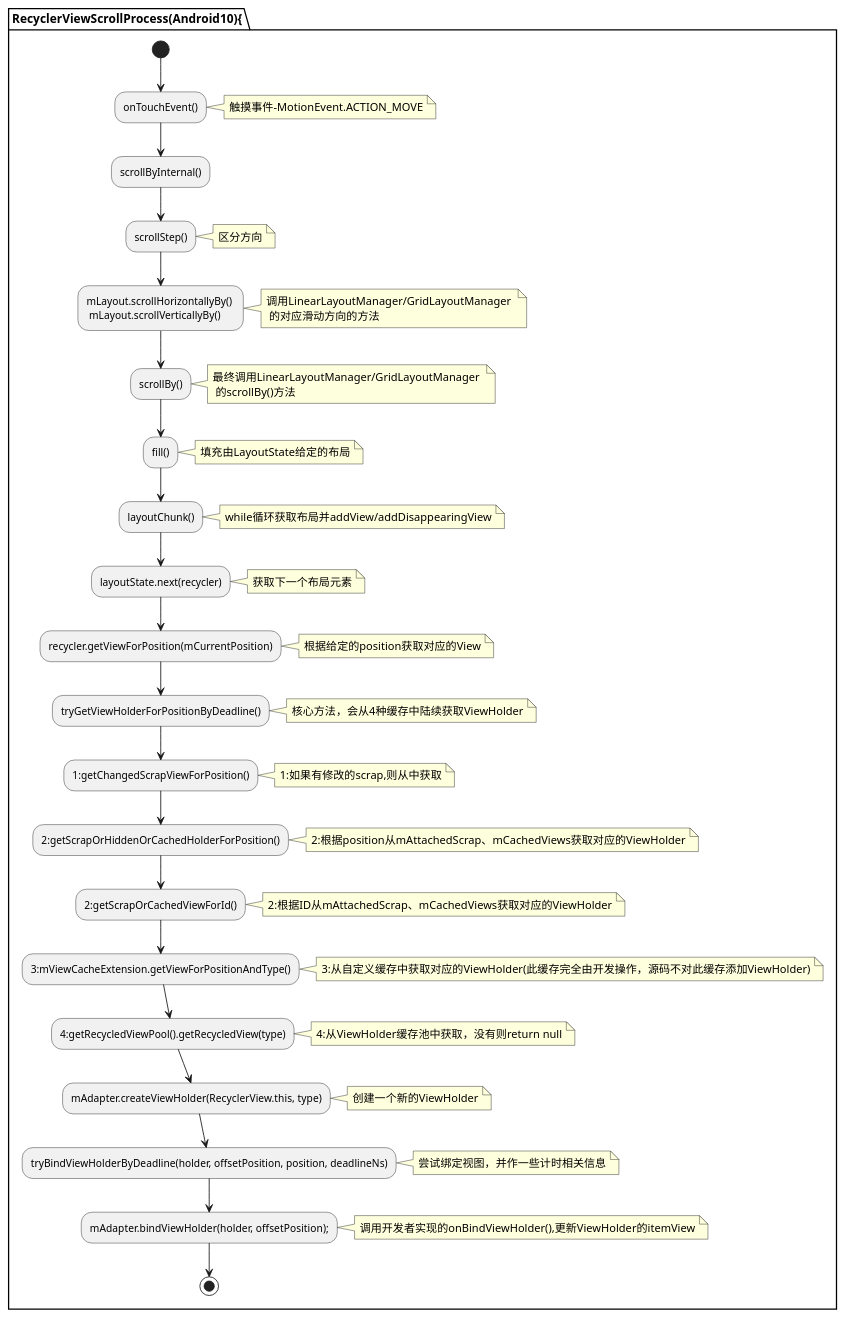
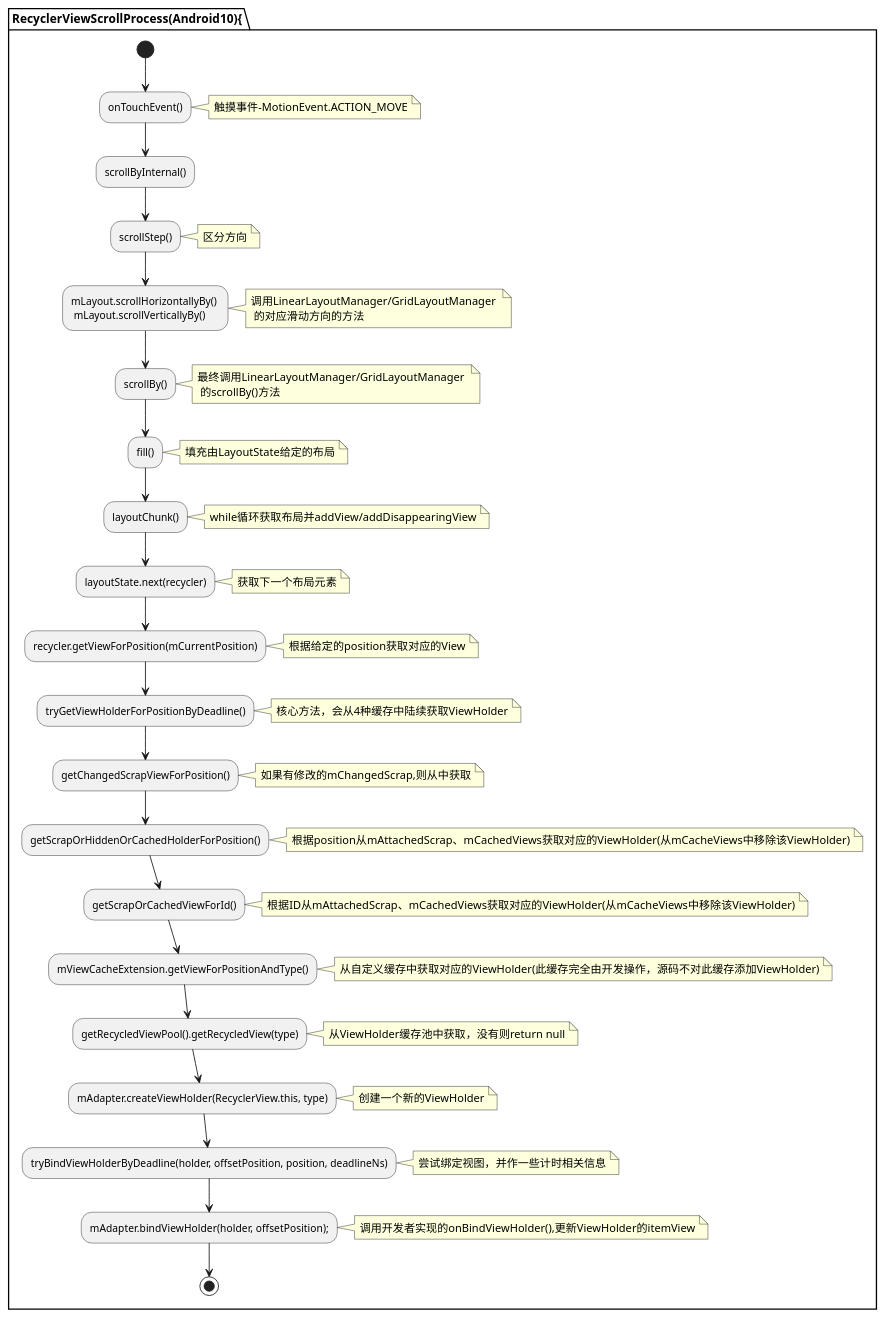
The diagram in uml/RecyclerViewScrollProcess.puml (qiaodier/MVPDemo), drawn with PlantUML before and after one commit.

Commit message:
更新流程描述及备注

```diff
--- a/uml/RecyclerViewScrollProcess.puml
+++ b/uml/RecyclerViewScrollProcess.puml
@@ -1,43 +1,47 @@
 @startuml
 'https://plantuml.com/sequence-diagram
+'1:mChangeScrap、mAttachedScrap用来缓存还在屏幕内的ViewHolder
+'2:mCacheViews用来缓存屏幕之外的ViewHolder
+'3:mViewCacheExtension 该缓存的创建和缓存完全由开发者自己控制，源码不会给它添加数据
+'4:RecycledViewPool ViewHolder缓存池
 
 partition RecyclerViewScrollProcess(Android10){
 (*) --> onTouchEvent()
 note right: 触摸事件-MotionEvent.ACTION_MOVE
 --> scrollByInternal()
 --> scrollStep()
 note right: 区分方向
 --> mLayout.scrollHorizontallyBy() \n mLayout.scrollVerticallyBy()
 note right:调用LinearLayoutManager/GridLayoutManager \n 的对应滑动方向的方法
 --> scrollBy()
 note right:最终调用LinearLayoutManager/GridLayoutManager \n 的scrollBy()方法
 --> fill()
 note right:填充由LayoutState给定的布局
 --> layoutChunk()
 note right:while循环获取布局并addView/addDisappearingView
 --> layoutState.next(recycler)
 note right:获取下一个布局元素
 --> recycler.getViewForPosition(mCurrentPosition)
 note right:根据给定的position获取对应的View
 --> tryGetViewHolderForPositionByDeadline()
 note right:核心方法，会从4种缓存中陆续获取ViewHolder
---> 1:getChangedScrapViewForPosition()
-note right:1:如果有修改的scrap,则从中获取
---> 2:getScrapOrHiddenOrCachedHolderForPosition()
-note right:2:根据position从mAttachedScrap、mCachedViews获取对应的ViewHolder
---> 2:getScrapOrCachedViewForId()
-note right:2:根据ID从mAttachedScrap、mCachedViews获取对应的ViewHolder
---> 3:mViewCacheExtension.getViewForPositionAndType()
-note right:3:从自定义缓存中获取对应的ViewHolder(此缓存完全由开发操作，源码不对此缓存添加ViewHolder)
---> 4:getRecycledViewPool().getRecycledView(type)
-note right:4:从ViewHolder缓存池中获取，没有则return null
+--> getChangedScrapViewForPosition()
+note right:如果有修改的mChangedScrap,则从中获取
+--> getScrapOrHiddenOrCachedHolderForPosition()
+note right:根据position从mAttachedScrap、mCachedViews获取对应的ViewHolder(从mCacheViews中移除该ViewHolder)
+--> getScrapOrCachedViewForId()
+note right:根据ID从mAttachedScrap、mCachedViews获取对应的ViewHolder(从mCacheViews中移除该ViewHolder)
+--> mViewCacheExtension.getViewForPositionAndType()
+note right:从自定义缓存中获取对应的ViewHolder(此缓存完全由开发操作，源码不对此缓存添加ViewHolder)
+--> getRecycledViewPool().getRecycledView(type)
+note right:从ViewHolder缓存池中获取，没有则return null
 --> mAdapter.createViewHolder(RecyclerView.this, type)
 note right:创建一个新的ViewHolder
 --> tryBindViewHolderByDeadline(holder, offsetPosition, position, deadlineNs)
 note right:尝试绑定视图，并作一些计时相关信息
 --> mAdapter.bindViewHolder(holder, offsetPosition);
 note right:调用开发者实现的onBindViewHolder(),更新ViewHolder的itemView
 -->(*)
 
 }
 @enduml
```
